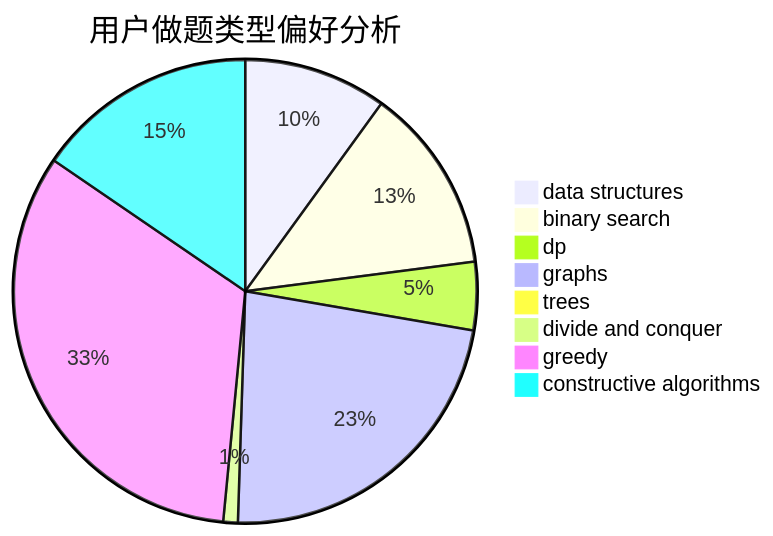
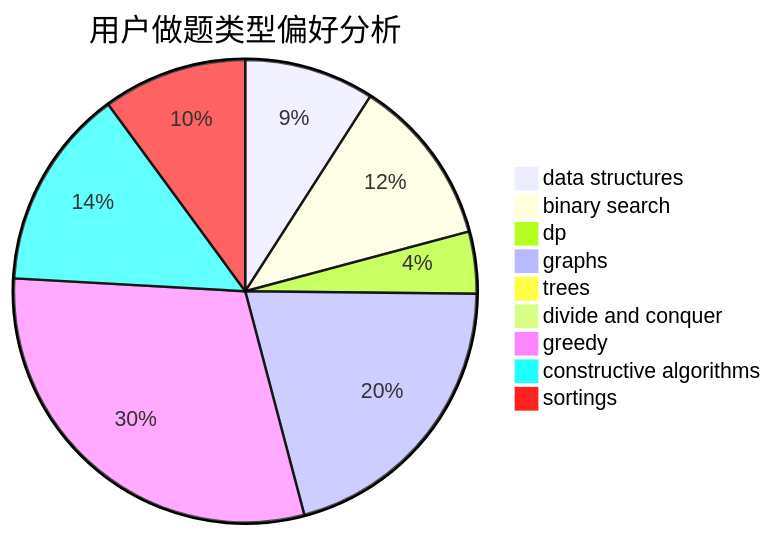
Before and after one commit to sherpahu/cfrs.github.io: the second of 3 diagrams in docs/user/u43.md, drawn with Mermaid. The commit also changed other lines of this file and 2769 other files, not shown here.

````diff
--- a/docs/user/u43.md
+++ b/docs/user/u43.md
@@ -23,11 +18,12 @@
 ```mermaid
 pie title 用户做题类型偏好分析
     "data structures" :  128
     "binary search" :  166
     "dp" :  61
     "graphs" :  292
     "trees" :  9
     "divide and conquer" :  13
     "greedy" :  423
     "constructive algorithms" :  198
+    "sortings" :  142
 ```
````
